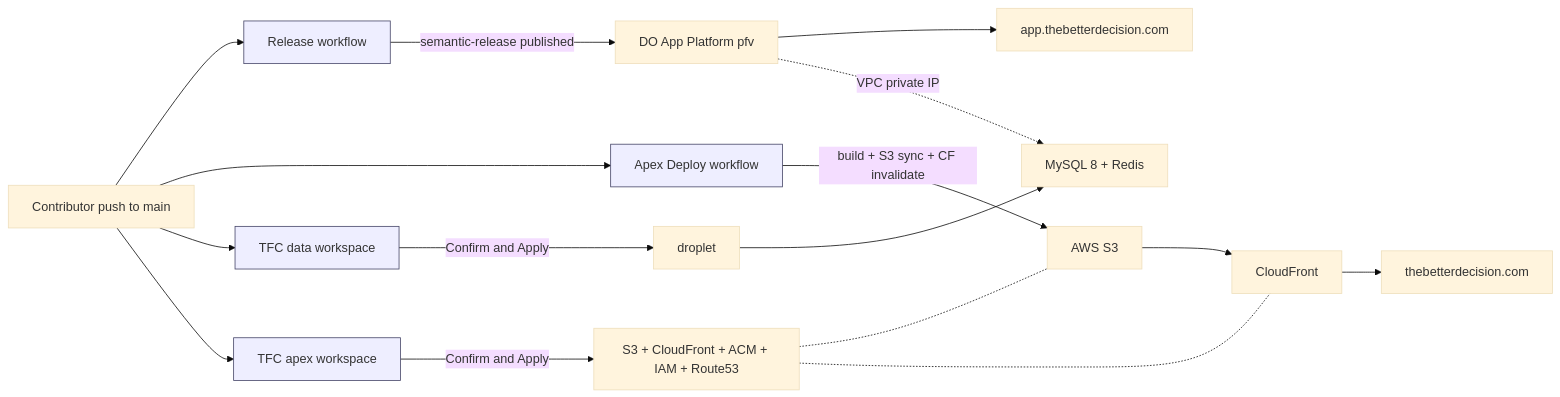
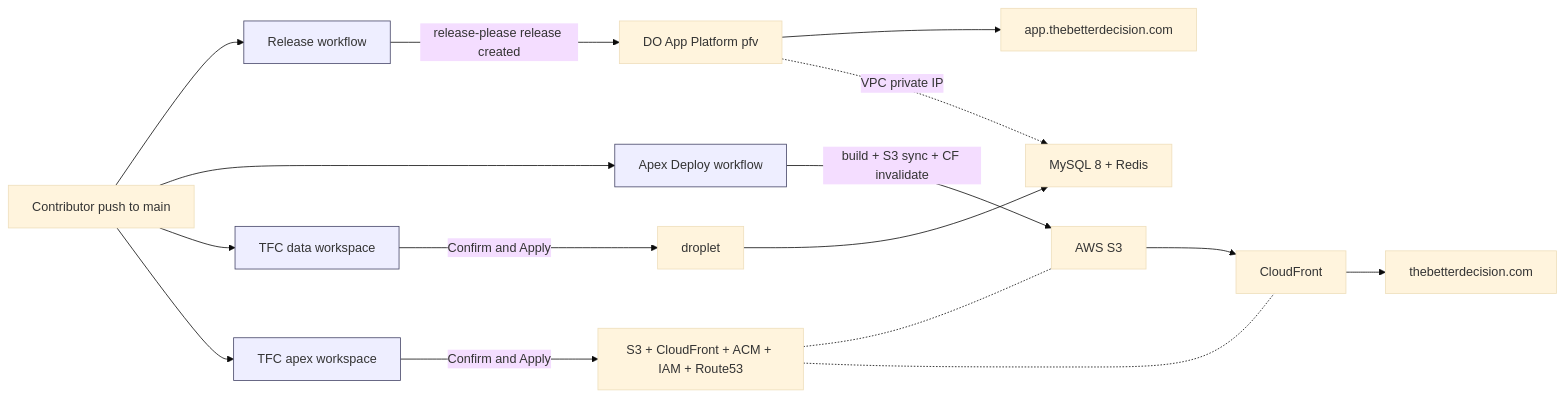
The first of 8 diagrams in docs/operations/DEPLOYMENT.md (fjcloudaiconsulting/tbd), drawn with Mermaid (base theme) before and after one commit. The commit also changed other lines of this file and 33 other files, not shown here.

````diff
--- a/docs/operations/DEPLOYMENT.md
+++ b/docs/operations/DEPLOYMENT.md
@@ -20,25 +20,25 @@
 ```mermaid
 flowchart LR
   dev[Contributor push to main] --> rel[Release workflow]
   dev --> apex[Apex Deploy workflow]
   dev --> tfc1[TFC data workspace]
   dev --> tfc2[TFC apex workspace]
 
-  rel -->|semantic-release published| do[DO App Platform pfv]
+  rel -->|release-please release created| do[DO App Platform pfv]
   do --> appurl[app.thebetterdecision.com]
 
   apex -->|build + S3 sync + CF invalidate| s3[AWS S3]
   s3 --> cf[CloudFront]
   cf --> apexurl[thebetterdecision.com]
 
   tfc1 -->|Confirm and Apply| droplet[<data-droplet> droplet]
   droplet --> db[MySQL 8 + Redis]
   do -.->|VPC private IP| db
 
   tfc2 -->|Confirm and Apply| awsctl[S3 + CloudFront + ACM + IAM + Route53]
   awsctl -.- s3
   awsctl -.- cf
 
   classDef pipe fill:#eef,stroke:#446
   class rel,apex,tfc1,tfc2 pipe
 ```
````
